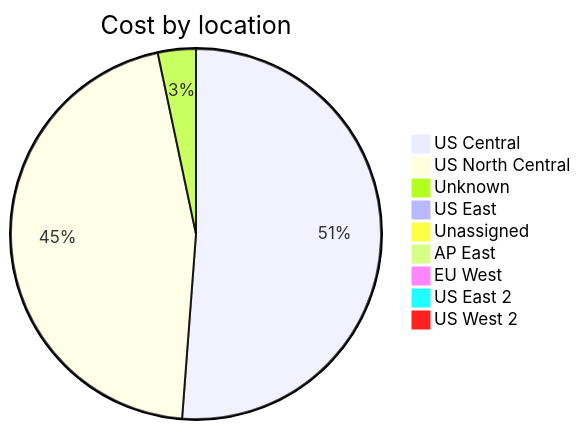
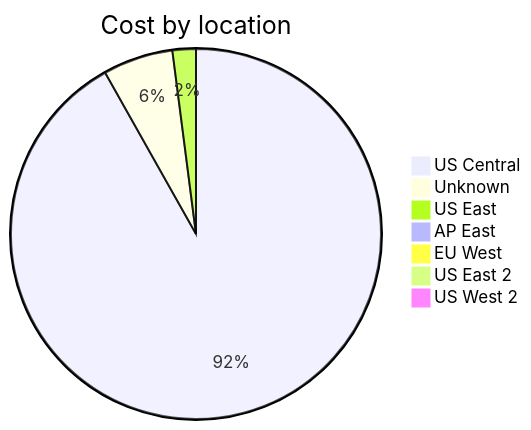
One commit to jpfulton/azure-personal-reports changed the third of 4 diagrams in cost-reports/accumulated-cost.md. Above: the diagram before and after it, drawn with Mermaid. The commit also changed other lines of this file and 4 other files, not shown here.

````diff
--- a/cost-reports/accumulated-cost.md
+++ b/cost-reports/accumulated-cost.md
@@ -131,13 +117,11 @@
 ```mermaid
 pie
    title Cost by location
-   "US Central" : 17.75
-   "US North Central" : 15.77
-   "Unknown" : 1.15
-   "US East" : 0.29
-   "Unassigned" : 0.10
+   "US Central" : 0.45
+   "Unknown" : 0.03
+   "US East" : 0.01
    "AP East" : 0.00
    "EU West" : 0.00
    "US East 2" : 0.00
    "US West 2" : 0.00
 ```
````
